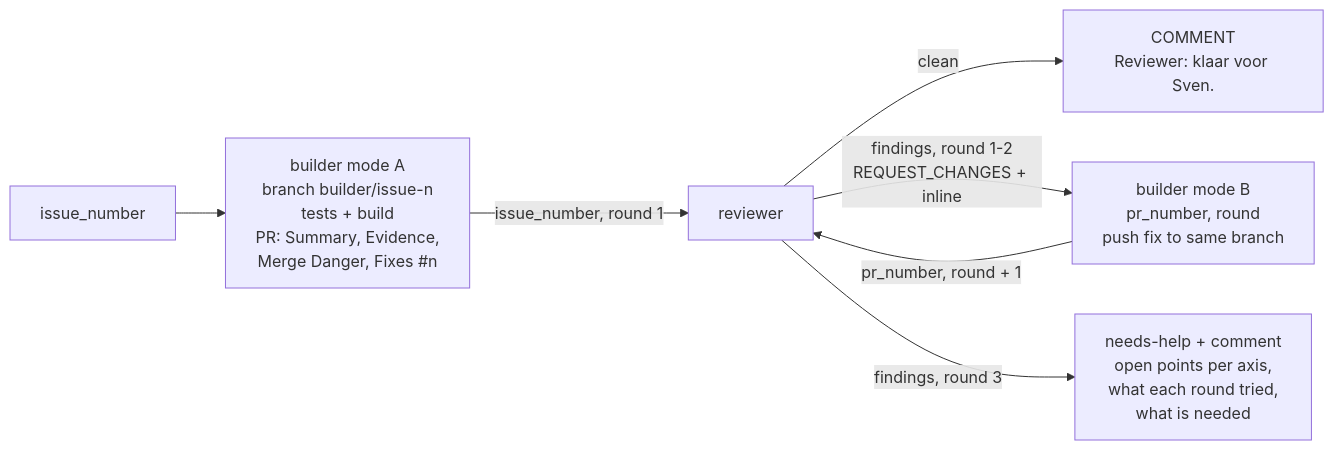
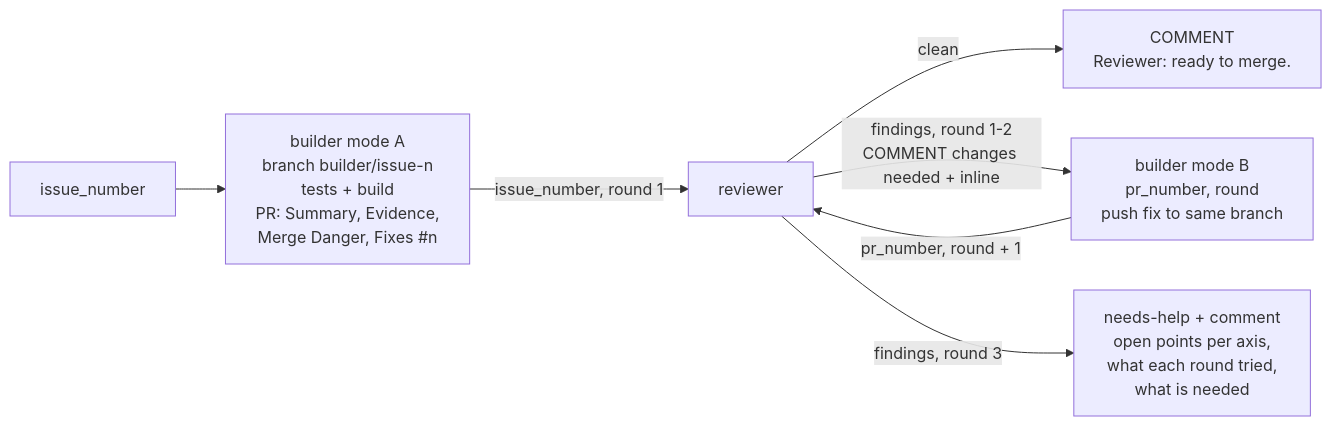
Before and after one commit to svennijhuis/agentic-workflows: the third of 5 diagrams in workflows/README.md, drawn with Mermaid. The commit also changed other lines of this file and 15 other files, not shown here.

First line of the commit message:
Close flow gaps: dispatch handoffs, comment-only reviews, caps, token audit (#40)

````diff
--- a/workflows/README.md
+++ b/workflows/README.md
@@ -83,9 +121,9 @@
 ```mermaid
 flowchart LR
   I[issue_number] --> BA[builder mode A<br/>branch builder/issue-n<br/>tests + build<br/>PR: Summary, Evidence,<br/>Merge Danger, Fixes #n]
   BA -->|issue_number, round 1| R[reviewer]
-  R -->|clean| C[COMMENT<br/>Reviewer: klaar voor Sven.]
-  R -->|findings, round 1-2<br/>REQUEST_CHANGES + inline| BB[builder mode B<br/>pr_number, round<br/>push fix to same branch]
+  R -->|clean| C[COMMENT<br/>Reviewer: ready to merge.]
+  R -->|findings, round 1-2<br/>COMMENT changes needed + inline| BB[builder mode B<br/>pr_number, round<br/>push fix to same branch]
   BB -->|pr_number, round + 1| R
   R -->|findings, round 3| NH[needs-help + comment<br/>open points per axis,<br/>what each round tried,<br/>what is needed]
 ```
````
